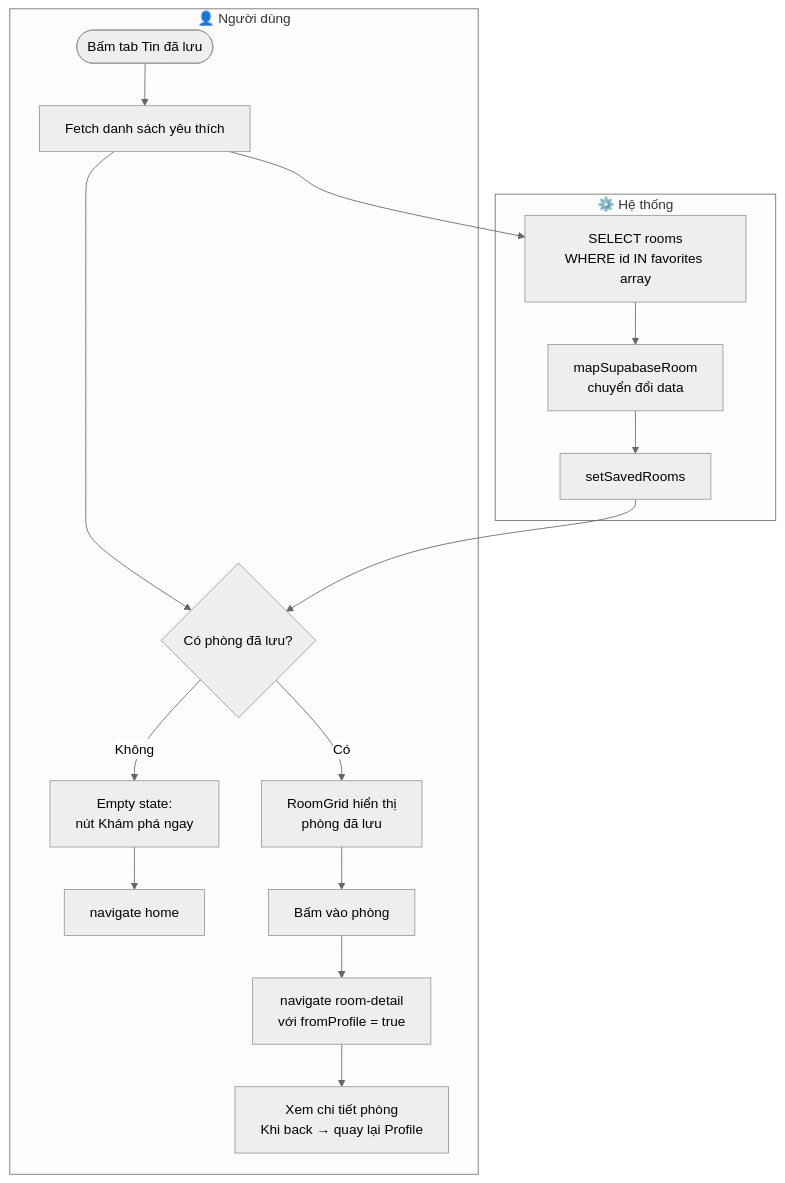
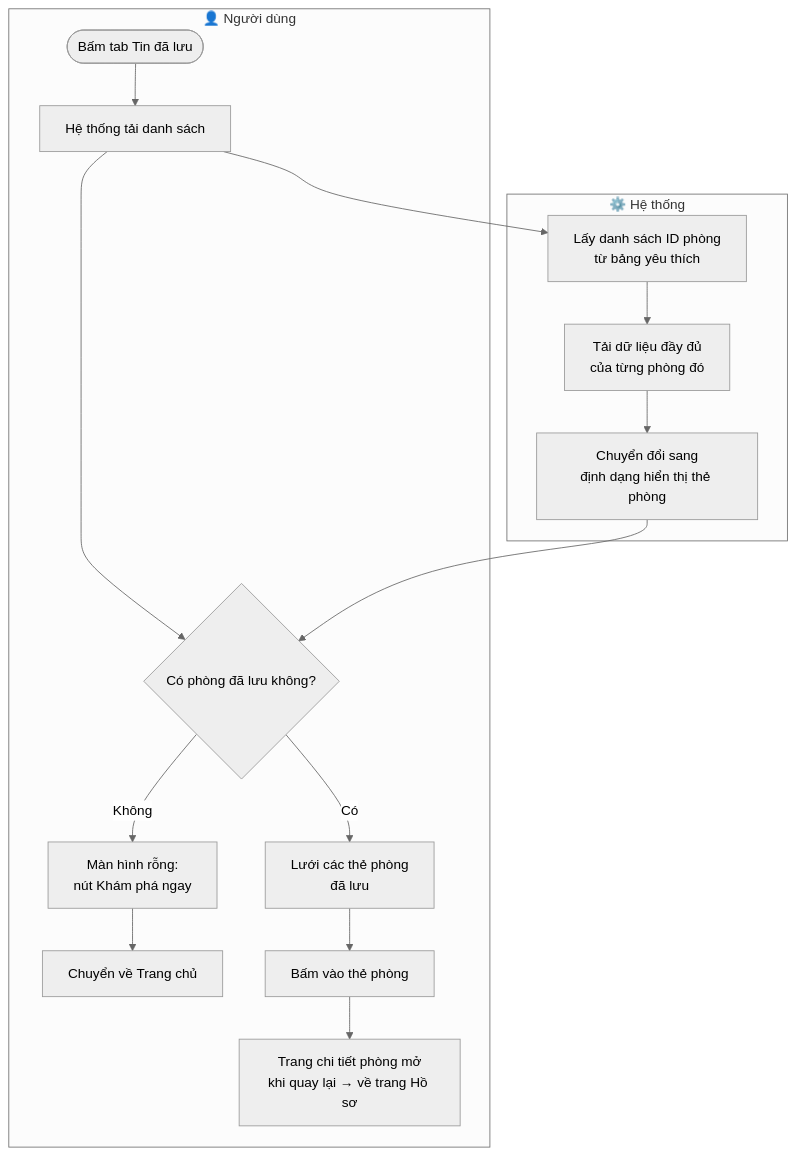
One commit to natelyt12/trotot changed the fourth of 8 diagrams in prj_workflows/05_profile_workflow.md. Above: the diagram before and after it, drawn with Mermaid (neutral theme). The commit also changed other lines of this file and 5 other files, not shown here.

Commit message:
fix: sửa lại định dạng cho phù hợp với người low-code

````diff
--- a/prj_workflows/05_profile_workflow.md
+++ b/prj_workflows/05_profile_workflow.md
@@ -98,20 +98,19 @@
 ```mermaid
 flowchart TD
     subgraph USER["👤 Người dùng"]
-        A([Bấm tab Tin đã lưu]) --> B[Fetch danh sách yêu thích]
-        B --> C{Có phòng đã lưu?}
-        C -- Không --> D[Empty state:\nnút Khám phá ngay]
-        D --> E[navigate home]
-        C -- Có --> F[RoomGrid hiển thị\nphòng đã lưu]
-        F --> G[Bấm vào phòng]
-        G --> H[navigate room-detail\nvới fromProfile = true]
-        H --> I[Xem chi tiết phòng\nKhi back → quay lại Profile]
+        A([Bấm tab Tin đã lưu]) --> B[Hệ thống tải danh sách]
+        B --> C{Có phòng đã lưu không?}
+        C -- Không --> D[Màn hình rỗng:\nnút Khám phá ngay]
+        D --> E[Chuyển về Trang chủ]
+        C -- Có --> F[Lưới các thẻ phòng\nđã lưu]
+        F --> G[Bấm vào thẻ phòng]
+        G --> H[Trang chi tiết phòng mở\nkhi quay lại → về trang Hồ sơ]
     end
 
     subgraph SYSTEM["⚙️ Hệ thống"]
-        B --> J[SELECT rooms\nWHERE id IN favorites array]
-        J --> K[mapSupabaseRoom\nchuyển đổi data]
-        K --> L[setSavedRooms]
-        L --> C
+        B --> I[Lấy danh sách ID phòng\ntừ bảng yêu thích]
+        I --> J[Tải dữ liệu đầy đủ\ncủa từng phòng đó]
+        J --> K[Chuyển đổi sang\nđịnh dạng hiển thị thẻ phòng]
+        K --> C
     end
 ```
````
